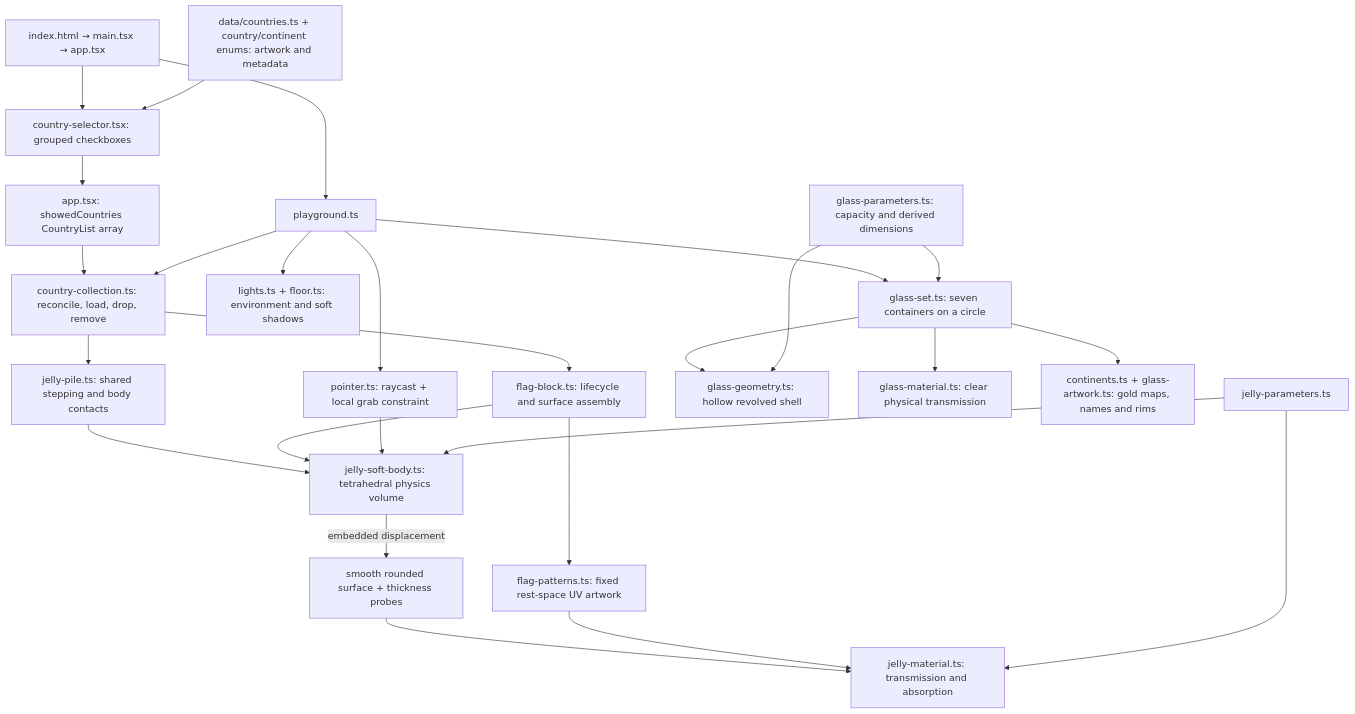
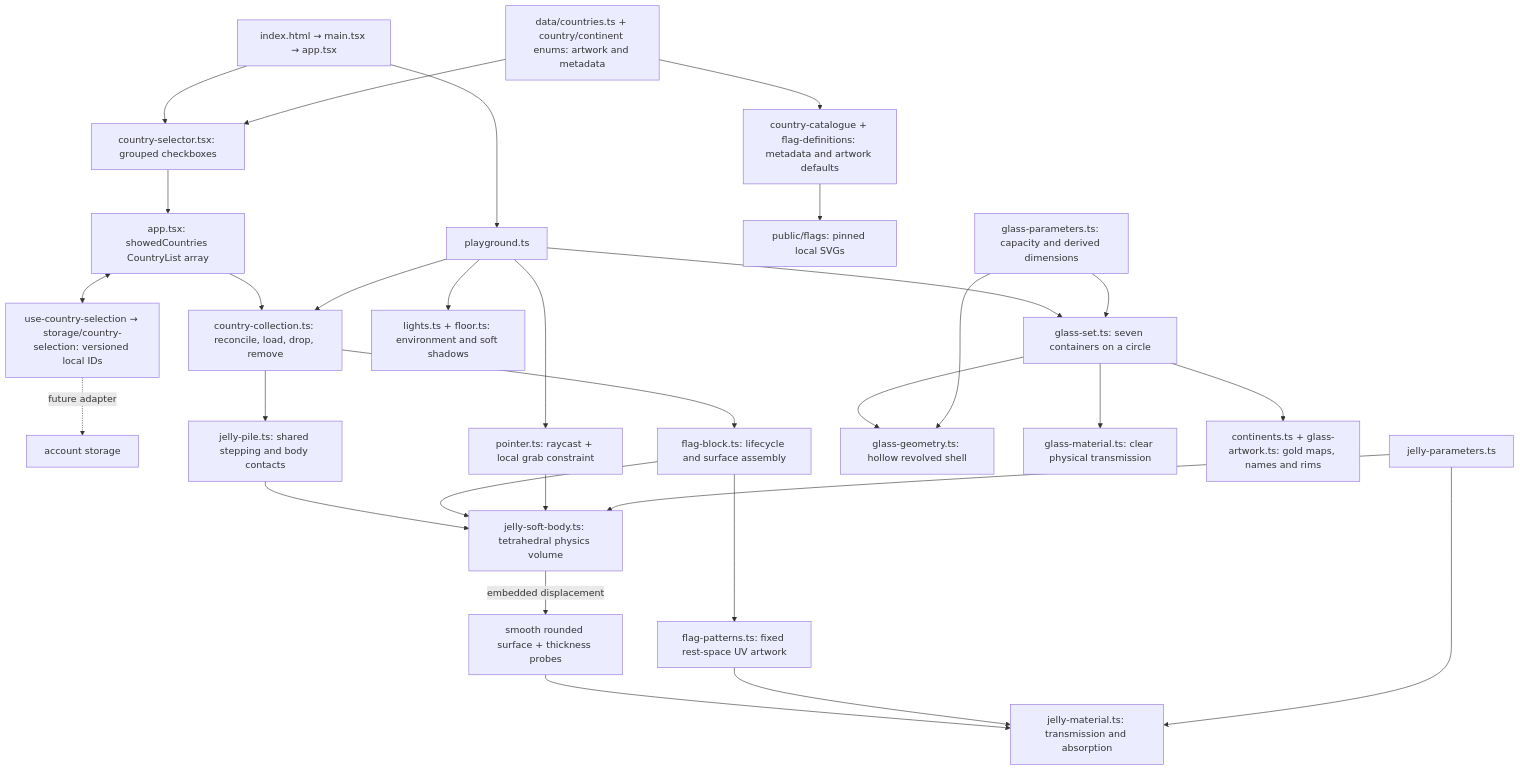
The diagram in README.md (arvikachristy/semesta), drawn with Mermaid before and after one commit. The commit also changed other lines of this file and 230 other files, not shown here.

````diff
--- a/README.md
+++ b/README.md
@@ -26,28 +26,32 @@
 ```mermaid
 flowchart TD
   entry["index.html → main.tsx → app.tsx"] --> scene["playground.ts"]
   entry --> selector["country-selector.tsx: grouped checkboxes"]
   registry["data/countries.ts + country/continent enums: artwork and metadata"] --> selector
   selector --> selected["app.tsx: showedCountries CountryList array"]
+  selected <--> persistence["use-country-selection → storage/country-selection: versioned local IDs"]
+  persistence -. "future adapter" .-> remote["account storage"]
+  registry --> catalogue["country-catalogue + flag-definitions: metadata and artwork defaults"]
+  catalogue --> assets["public/flags: pinned local SVGs"]
   selected --> collection["country-collection.ts: reconcile, load, drop, remove"]
   scene --> collection
   collection --> block["flag-block.ts: lifecycle and surface assembly"]
   collection --> pile["jelly-pile.ts: shared stepping and body contacts"]
   pile --> volume
   block --> volume["jelly-soft-body.ts: tetrahedral physics volume"]
   volume -->|embedded displacement| surface["smooth rounded surface + thickness probes"]
   block --> pattern["flag-patterns.ts: fixed rest-space UV artwork"]
   surface --> material["jelly-material.ts: transmission and absorption"]
   pattern --> material
   scene --> input["pointer.ts: raycast + local grab constraint"]
   input --> volume
   scene --> lighting["lights.ts + floor.ts: environment and soft shadows"]
   scene --> glasses["glass-set.ts: seven containers on a circle"]
   glasses --> glassGeometry["glass-geometry.ts: hollow revolved shell"]
   glasses --> glassMaterial["glass-material.ts: clear physical transmission"]
   glasses --> continentArt["continents.ts + glass-artwork.ts: gold maps, names and rims"]
   glassConfig["glass-parameters.ts: capacity and derived dimensions"] --> glasses
   glassConfig --> glassGeometry
   config["jelly-parameters.ts"] --> volume
   config --> material
 ```
````
